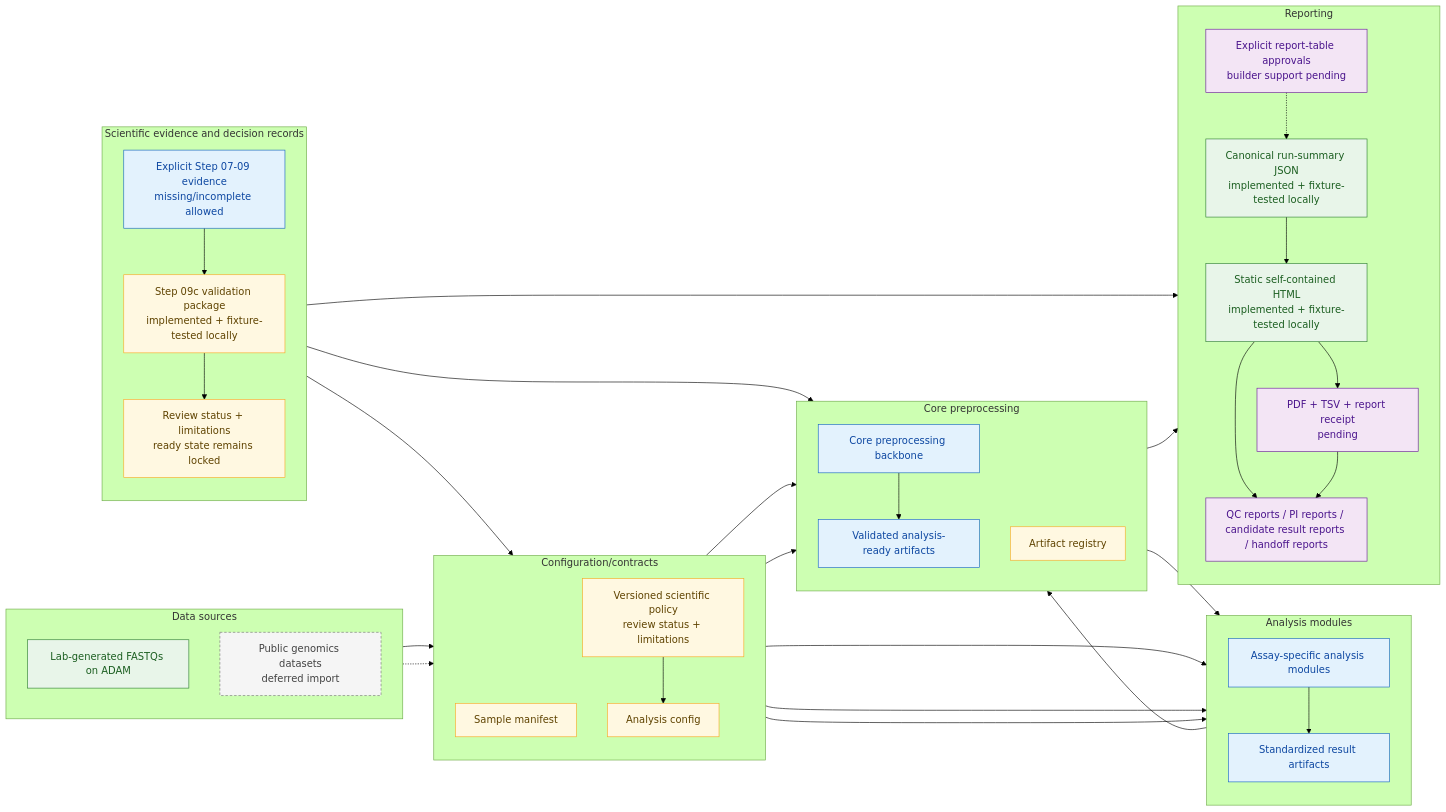
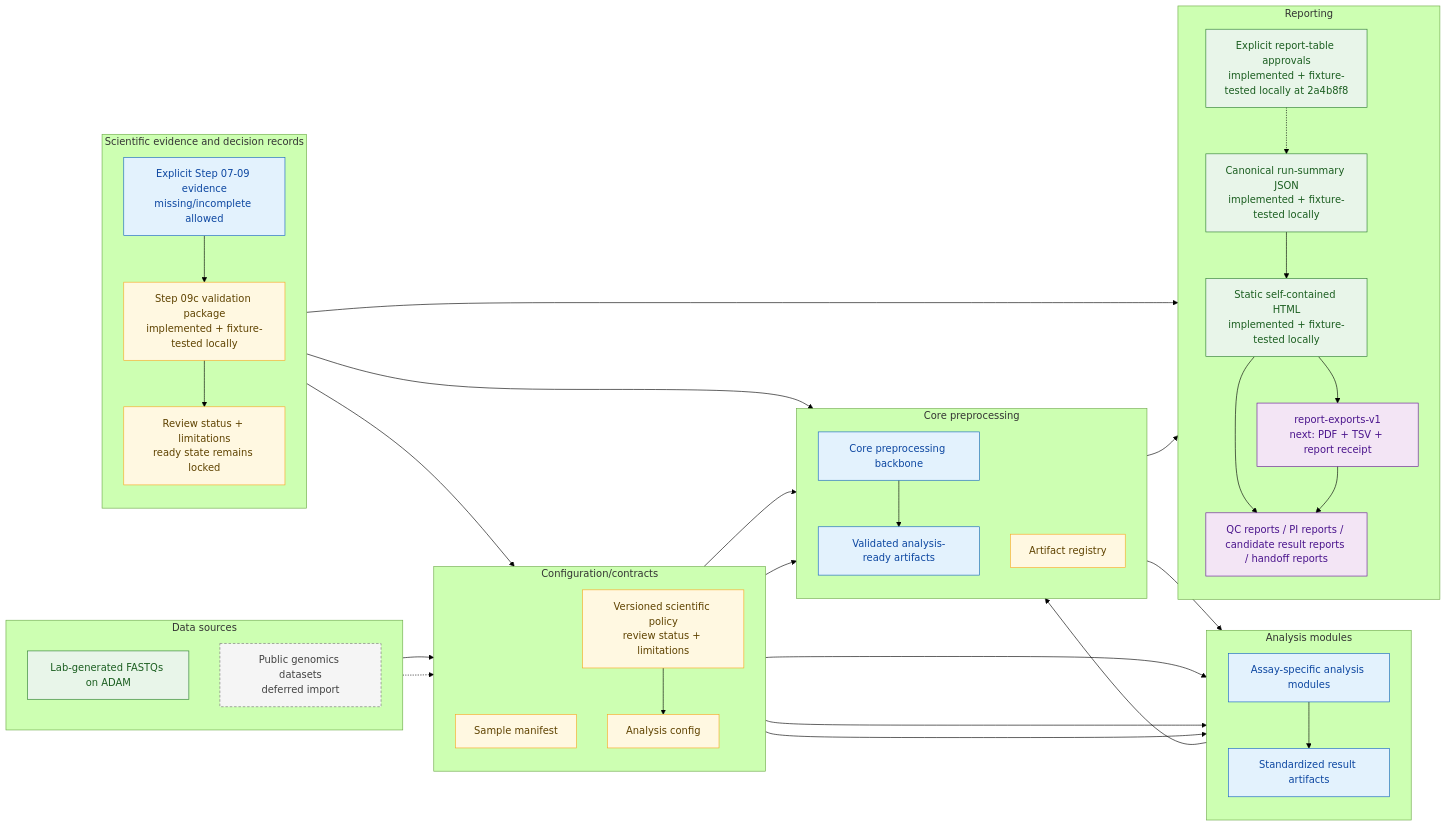
One commit to lab-cats/EMRYS changed the second of 4 diagrams in docs/architecture/FUTURE_ARCHITECTURE.md. Above: the diagram before and after it, drawn with Mermaid (forest theme). The commit also changed other lines of this file and 18 other files, not shown here.

Commit message:
report table approvals docpatch

````diff
--- a/docs/architecture/FUTURE_ARCHITECTURE.md
+++ b/docs/architecture/FUTURE_ARCHITECTURE.md
@@ -139,73 +142,73 @@
 ```mermaid
 flowchart LR
     classDef current fill:#e8f5e9,stroke:#2e7d32,color:#1b5e20
     classDef future fill:#e3f2fd,stroke:#1565c0,color:#0d47a1
     classDef deferred fill:#f5f5f5,stroke:#757575,color:#424242,stroke-dasharray:4 3
     classDef contract fill:#fff8e1,stroke:#f9a825,color:#5f4300
     classDef reporting fill:#f3e5f5,stroke:#6a1b9a,color:#4a148c
 
     subgraph sources["Data sources"]
         direction TB
         lab["Lab-generated FASTQs on ADAM"]
         public["Public genomics datasets<br/>deferred import"]
     end
 
     subgraph contracts["Configuration/contracts"]
         direction TB
         manifest["Sample manifest"]
         config["Analysis config"]
         policy_record["Versioned scientific policy<br/>review status + limitations"]
     end
 
     subgraph core["Core preprocessing"]
         direction TB
         backbone["Core preprocessing backbone"]
         ready["Validated analysis-ready artifacts"]
         registry["Artifact registry"]
     end
 
     subgraph modules["Analysis modules"]
         direction TB
         assays["Assay-specific analysis modules"]
         results["Standardized result artifacts"]
     end
 
     subgraph science["Scientific evidence and decision records"]
         direction TB
         declared09["Explicit Step 07-09 evidence<br/>missing/incomplete allowed"]
         science_review["Step 09c validation package<br/>implemented + fixture-tested locally"]
         decision_record["Review status + limitations<br/>ready state remains locked"]
     end
 
     subgraph reports["Reporting"]
         direction TB
         run_summary["Canonical run-summary JSON<br/>implemented + fixture-tested locally"]
         report_html["Static self-contained HTML<br/>implemented + fixture-tested locally"]
-        report_approvals["Explicit report-table approvals<br/>builder support pending"]
-        report_exports["PDF + TSV + report receipt<br/>pending"]
+        report_approvals["Explicit report-table approvals<br/>implemented + fixture-tested locally at 2a4b8f8"]
+        report_exports["report-exports-v1<br/>next: PDF + TSV + report receipt"]
         outputs["QC reports / PI reports / candidate result reports / handoff reports"]
     end
 
     lab --> manifest
     public -.-> manifest
     manifest --> backbone
     config --> backbone
     manifest --> assays
     config --> assays
     policy_record --> config
     policy_record --> assays
     backbone --> ready --> assays --> results --> registry --> run_summary --> report_html --> outputs
     report_approvals -.-> run_summary
     report_html --> report_exports --> outputs
     declared09 --> science_review --> decision_record --> policy_record
     declared09 --> registry
     decision_record --> run_summary
 
-    class lab,run_summary,report_html current
+    class lab,run_summary,report_html,report_approvals current
     class public deferred
     class manifest,config,policy_record,decision_record,science_review contract
     class backbone,ready future
     class registry contract
     class assays,results,declared09 future
-    class report_approvals,report_exports,outputs reporting
+    class report_exports,outputs reporting
 ```
````
